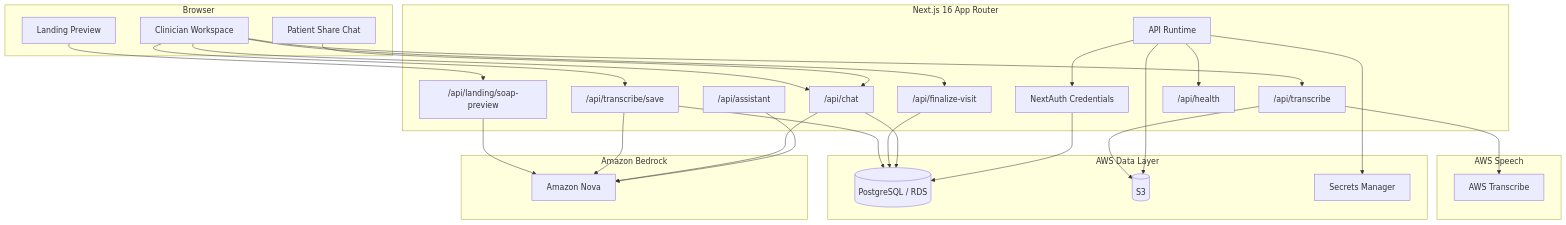
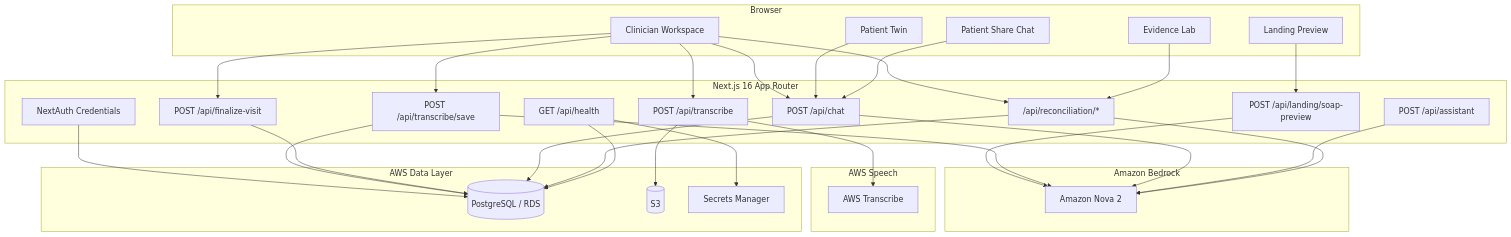
Before and after one commit to Manoj7ar/Synth-Hackathon: the diagram in README.md, drawn with Mermaid. The commit also changed other lines of this file and 20 other files, not shown here.

Commit message:
Add patient twin and evidence lab workflows

````diff
--- a/README.md
+++ b/README.md
@@ -99,58 +118,62 @@
 ```mermaid
 flowchart TB
   subgraph Browser[Browser]
-    LP[Landing Preview]
-    CL[Clinician Workspace]
-    PT[Patient Share Chat]
+    LANDING[Landing Preview]
+    CLINICIAN[Clinician Workspace]
+    TWIN[Patient Twin]
+    LAB[Evidence Lab]
+    PATIENT[Patient Share Chat]
   end
 
   subgraph App[Next.js 16 App Router]
-    APP_RUNTIME[API Runtime]
     AUTH[NextAuth Credentials]
-    PREVIEW["/api/landing/soap-preview"]
-    TRANSCRIBE["/api/transcribe"]
-    SAVE["/api/transcribe/save"]
-    FINAL["/api/finalize-visit"]
-    CHAT["/api/chat"]
-    ASSIST["/api/assistant"]
-    HEALTH["/api/health"]
+    PREVIEW["POST /api/landing/soap-preview"]
+    TRANSCRIBE["POST /api/transcribe"]
+    SAVE["POST /api/transcribe/save"]
+    FINALIZE["POST /api/finalize-visit"]
+    CHAT["POST /api/chat"]
+    RECON["/api/reconciliation/*"]
+    ASSIST["POST /api/assistant"]
+    HEALTH["GET /api/health"]
   end
 
   subgraph AI[Amazon Bedrock]
-    NOVA[Amazon Nova]
+    NOVA[Amazon Nova 2]
+  end
+
+  subgraph Speech[AWS Speech]
+    TRANSCRIBE_SVC[AWS Transcribe]
   end
 
   subgraph Data[AWS Data Layer]
     PG[(PostgreSQL / RDS)]
     S3[(S3)]
     SECRETS[Secrets Manager]
   end
 
-  subgraph Speech[AWS Speech]
-    TRANSCRIBE_SVC[AWS Transcribe]
-  end
+  LANDING --> PREVIEW
+  CLINICIAN --> TRANSCRIBE
+  CLINICIAN --> SAVE
+  CLINICIAN --> FINALIZE
+  CLINICIAN --> CHAT
+  CLINICIAN --> RECON
+  TWIN --> CHAT
+  LAB --> RECON
+  PATIENT --> CHAT
 
-  LP --> PREVIEW
-  CL --> TRANSCRIBE
-  CL --> SAVE
-  CL --> FINAL
-  CL --> CHAT
-  PT --> CHAT
-
+  AUTH --> PG
   PREVIEW --> NOVA
   SAVE --> NOVA
   CHAT --> NOVA
   ASSIST --> NOVA
+  RECON --> NOVA
   TRANSCRIBE --> TRANSCRIBE_SVC
   TRANSCRIBE --> S3
 
-  APP_RUNTIME --> AUTH
-  APP_RUNTIME --> HEALTH
   SAVE --> PG
-  FINAL --> PG
+  FINALIZE --> PG
   CHAT --> PG
-  AUTH --> PG
-
-  APP_RUNTIME --> SECRETS
-  APP_RUNTIME --> S3
+  RECON --> PG
+  HEALTH --> PG
+  HEALTH --> SECRETS
 ```
````
